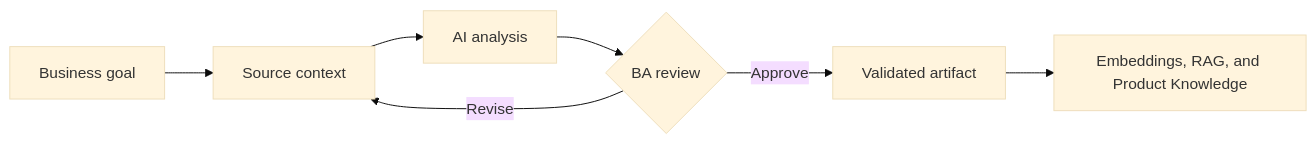
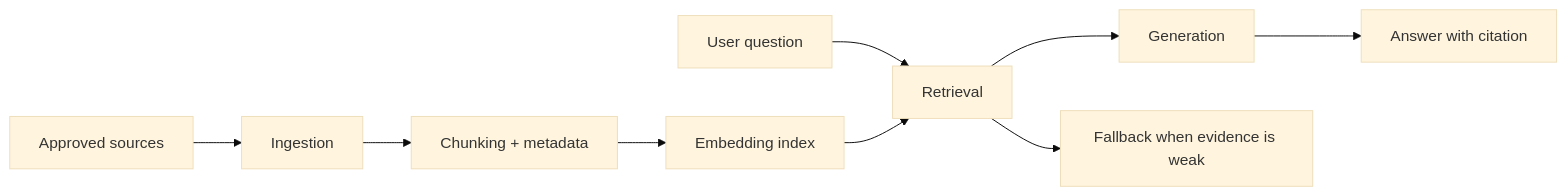
One commit to anhtnt90dev/ai-for-ba changed the diagram in docs/en/lessons/embeddings-rag-and-knowledge/index.md. Above: the diagram before and after it, drawn with Mermaid (base theme). The commit also changed other lines of this file and 64 other files, not shown here.

````diff
--- a/docs/en/lessons/embeddings-rag-and-knowledge/index.md
+++ b/docs/en/lessons/embeddings-rag-and-knowledge/index.md
@@ -39,9 +38,11 @@
 ```mermaid
 flowchart LR
-    A["Business goal"] --> B["Source context"]
-    B --> C["AI analysis"]
-    C --> D{"BA review"}
-    D -->|"Revise"| B
-    D -->|"Approve"| E["Validated artifact"]
-    E --> F["Embeddings, RAG, and Product Knowledge"]
+    A["Approved sources"] --> B["Ingestion"]
+    B --> C["Chunking + metadata"]
+    C --> D["Embedding index"]
+    Q["User question"] --> R["Retrieval"]
+    D --> R
+    R --> G["Generation"]
+    G --> H["Answer with citation"]
+    R --> F["Fallback when evidence is weak"]
 ```
````
